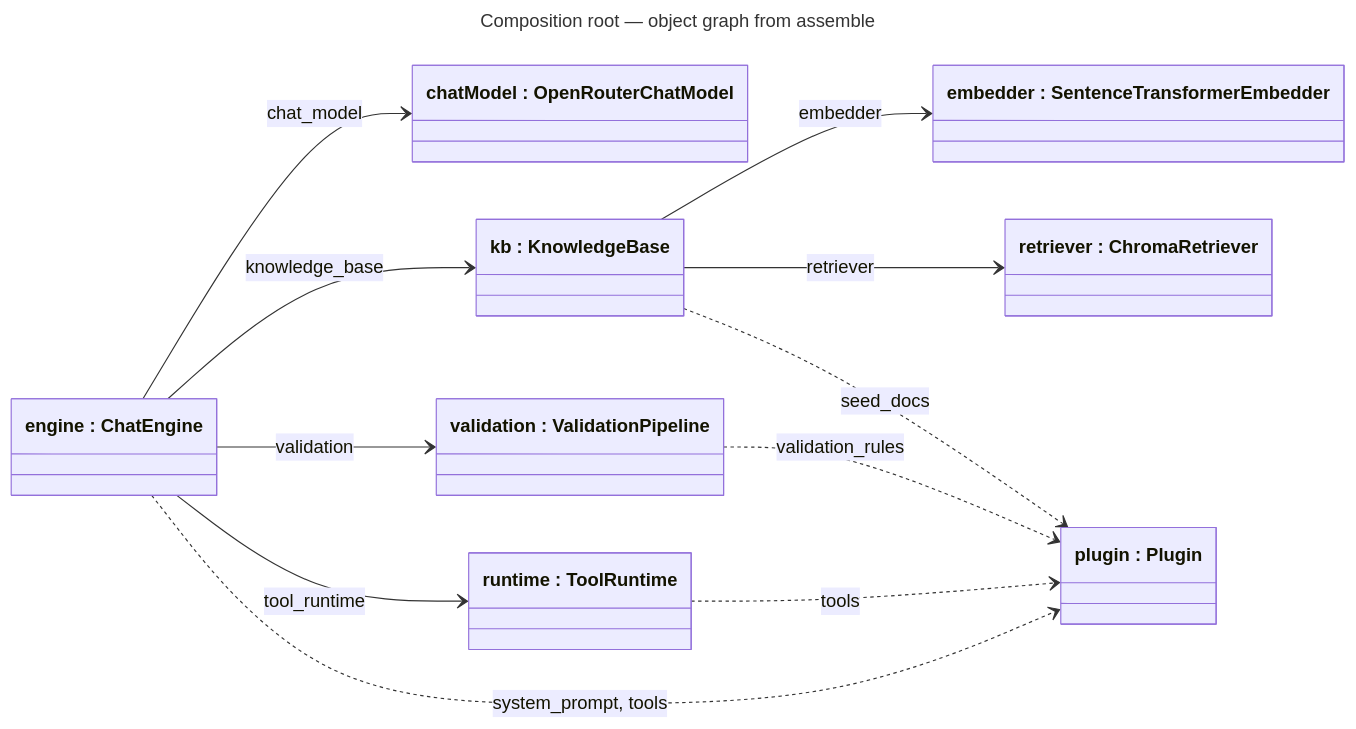
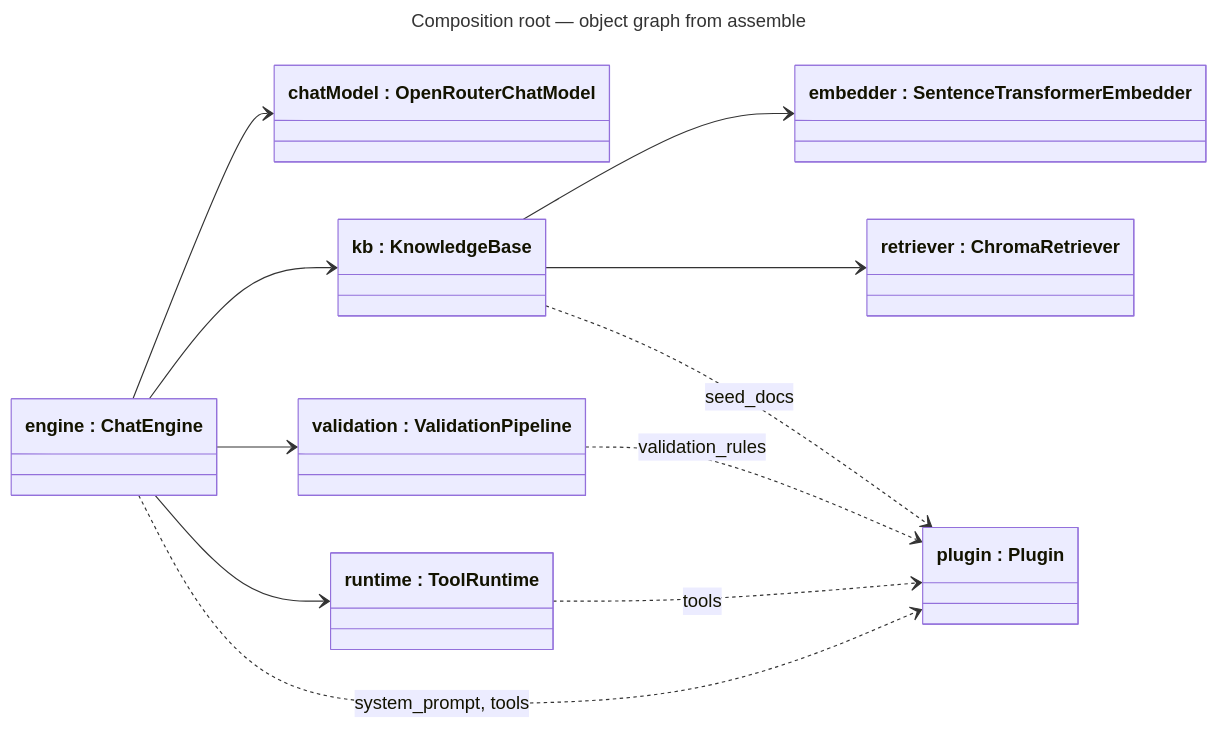
The second of 3 diagrams in docs/plans/chat-engine.md (aschog/cora), drawn with Mermaid before and after one commit.

Commit message:
docs: drop redundant edge labels from composition object graph

````diff
--- a/docs/plans/chat-engine.md
+++ b/docs/plans/chat-engine.md
@@ -150,26 +150,26 @@
 ```mermaid
 ---
 title: Composition root — object graph from assemble
 ---
 classDiagram
   direction LR
   class engine["engine : ChatEngine"]
   class chatModel["chatModel : OpenRouterChatModel"]
   class kb["kb : KnowledgeBase"]
   class embedder["embedder : SentenceTransformerEmbedder"]
   class retriever["retriever : ChromaRetriever"]
   class validation["validation : ValidationPipeline"]
   class runtime["runtime : ToolRuntime"]
   class plugin["plugin : Plugin"]
 
-  engine --> chatModel : chat_model
-  engine --> kb : knowledge_base
-  engine --> validation : validation
-  engine --> runtime : tool_runtime
+  engine --> chatModel
+  engine --> kb
+  engine --> validation
+  engine --> runtime
   engine ..> plugin : system_prompt, tools
-  kb --> embedder : embedder
-  kb --> retriever : retriever
+  kb --> embedder
+  kb --> retriever
   kb ..> plugin : seed_docs
   validation ..> plugin : validation_rules
   runtime ..> plugin : tools
 ```
````
